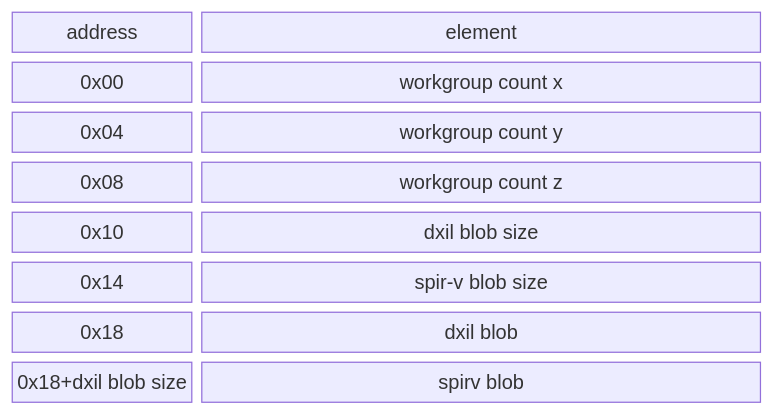
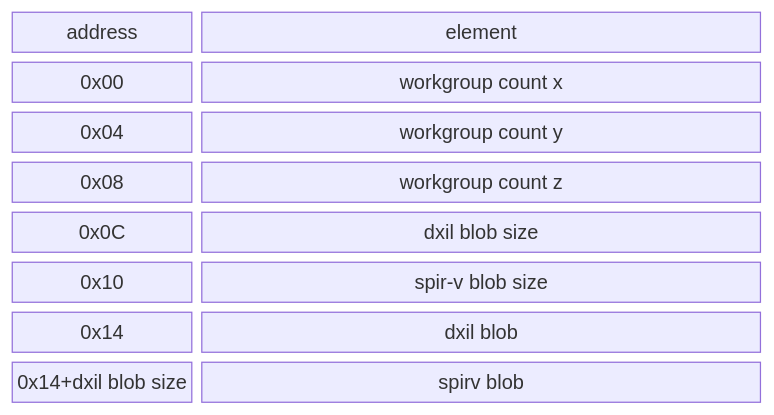
Before and after one commit to rtryan98/rhi: the diagram in README.md, drawn with Mermaid.

Commit message:
Fix wrong memory addresses in diagram

````diff
--- a/README.md
+++ b/README.md
@@ -98,12 +98,12 @@
 ```mermaid
 block-beta
     columns 4
     _header["address"]:1 header["element"]:3
     _a["0x00"]:1 a["workgroup count x"]:3
     _b["0x04"]:1 b["workgroup count y"]:3
     _c["0x08"]:1 c["workgroup count z"]:3
-    _d["0x10"]:1 d["dxil blob size"]:3
-    _e["0x14"]:1 e["spir-v blob size"]:3
-    _f["0x18"]:1 f["dxil blob"]:3
-    _g["0x18+dxil blob size"]:1 g["spirv blob"]:3
+    _d["0x0C"]:1 d["dxil blob size"]:3
+    _e["0x10"]:1 e["spir-v blob size"]:3
+    _f["0x14"]:1 f["dxil blob"]:3
+    _g["0x14+dxil blob size"]:1 g["spirv blob"]:3
 ```
````
